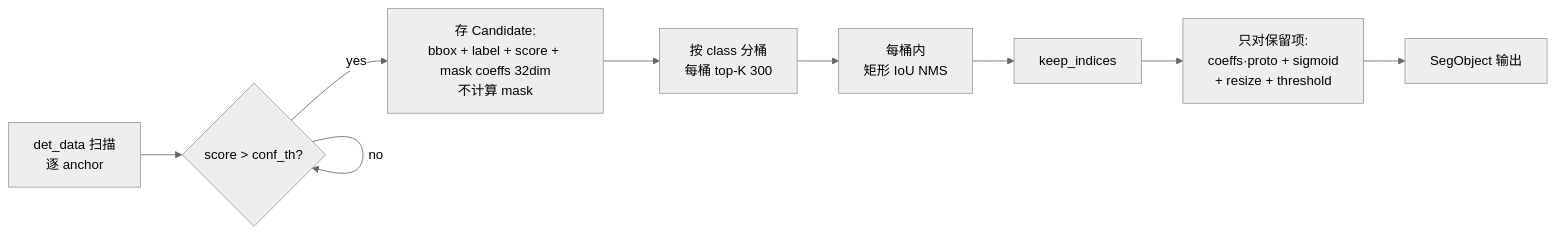
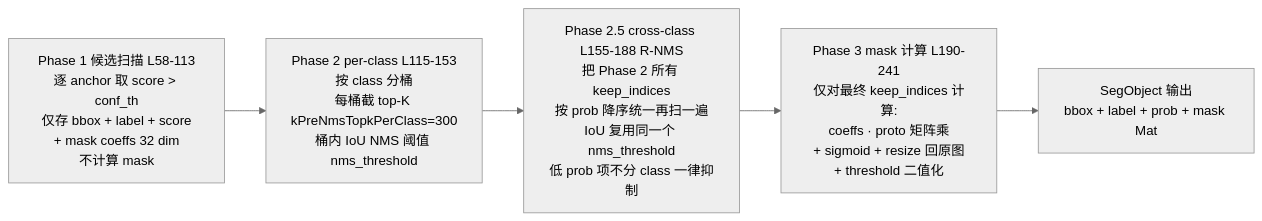
Before and after one commit to XiChYo/QINGLV: diagram 11 of 24 in docs/architecture.md, drawn with Mermaid (neutral theme). The commit also changed other lines of this file and 3 other files, not shown here.

````diff
--- a/docs/architecture.md
+++ b/docs/architecture.md
@@ -472,11 +486,7 @@
 ```mermaid
 flowchart LR
-    A[det_data 扫描<br/>逐 anchor] --> B{score > conf_th?}
-    B -- no --> B
-    B -- yes --> C[存 Candidate:<br/>bbox + label + score + mask coeffs 32dim<br/>不计算 mask]
-    C --> D[按 class 分桶<br/>每桶 top-K 300]
-    D --> E[每桶内<br/>矩形 IoU NMS]
-    E --> F[keep_indices]
-    F --> G[只对保留项:<br/>coeffs·proto + sigmoid<br/>+ resize + threshold]
-    G --> H[SegObject 输出]
+    A[Phase 1 候选扫描 L58-113<br/>逐 anchor 取 score > conf_th<br/>仅存 bbox + label + score<br/>+ mask coeffs 32 dim<br/>不计算 mask] --> D[Phase 2 per-class L115-153<br/>按 class 分桶<br/>每桶截 top-K kPreNmsTopkPerClass=300<br/>桶内 IoU NMS 阈值 nms_threshold]
+    D --> X[Phase 2.5 cross-class L155-188 R-NMS<br/>把 Phase 2 所有 keep_indices<br/>按 prob 降序统一再扫一遍<br/>IoU 复用同一个 nms_threshold<br/>低 prob 项不分 class 一律抑制]
+    X --> G[Phase 3 mask 计算 L190-241<br/>仅对最终 keep_indices 计算:<br/>coeffs · proto 矩阵乘<br/>+ sigmoid + resize 回原图<br/>+ threshold 二值化]
+    G --> H[SegObject 输出<br/>bbox + label + prob + mask Mat]
 ```
````
